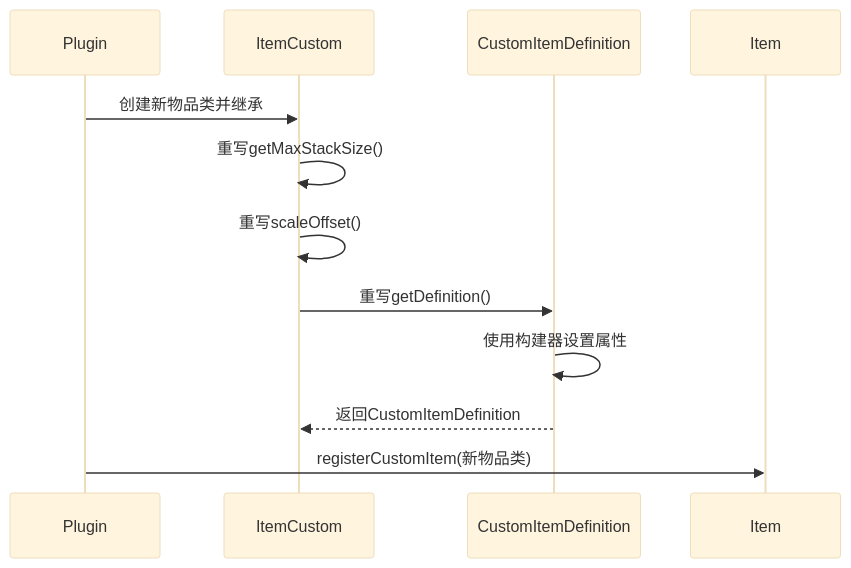
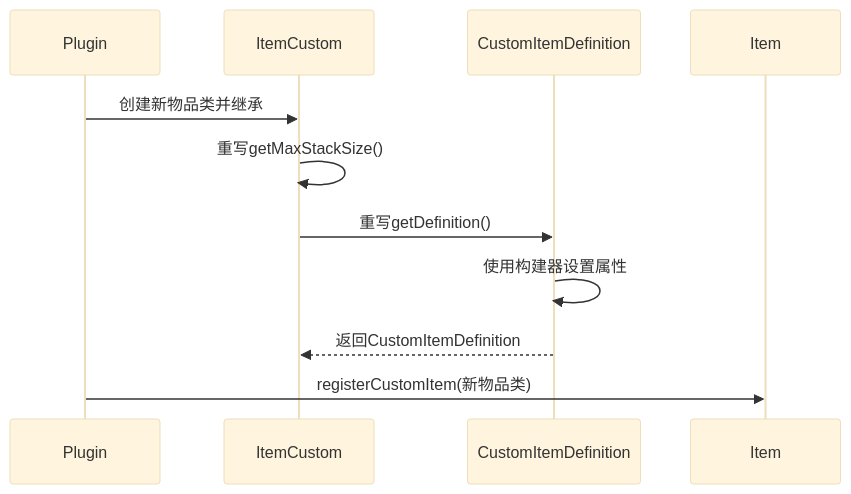
The diagram in i18n/zh/docusaurus-plugin-content-docs/current/tutorial-extras/custom/custom_item.mdx (MemoriesOfTime/Nukkit-MOT-Wiki), drawn with Mermaid (base theme) before and after one commit. The commit also changed other lines of this file and 1 other file, not shown here.

Commit message:
update custom items

````diff
--- a/i18n/zh/docusaurus-plugin-content-docs/current/tutorial-extras/custom/custom_item.mdx
+++ b/i18n/zh/docusaurus-plugin-content-docs/current/tutorial-extras/custom/custom_item.mdx
@@ -23,15 +23,14 @@
 ```mermaid
 sequenceDiagram
     participant Plugin
     participant ItemCustom
     participant CustomItemDefinition
     participant Item
     
     Plugin->>ItemCustom: 创建新物品类并继承
     ItemCustom->>ItemCustom: 重写getMaxStackSize()
-    ItemCustom->>ItemCustom: 重写scaleOffset()
     ItemCustom->>CustomItemDefinition: 重写getDefinition()
     CustomItemDefinition->>CustomItemDefinition: 使用构建器设置属性
     CustomItemDefinition-->>ItemCustom: 返回CustomItemDefinition
     Plugin->>Item: registerCustomItem(新物品类)
 ```
````
